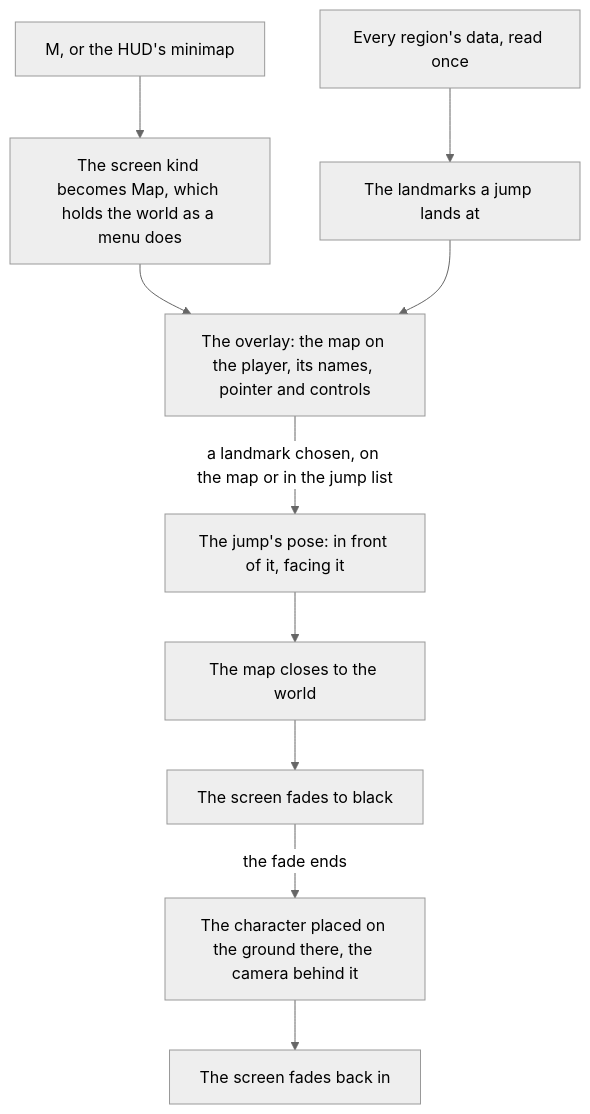
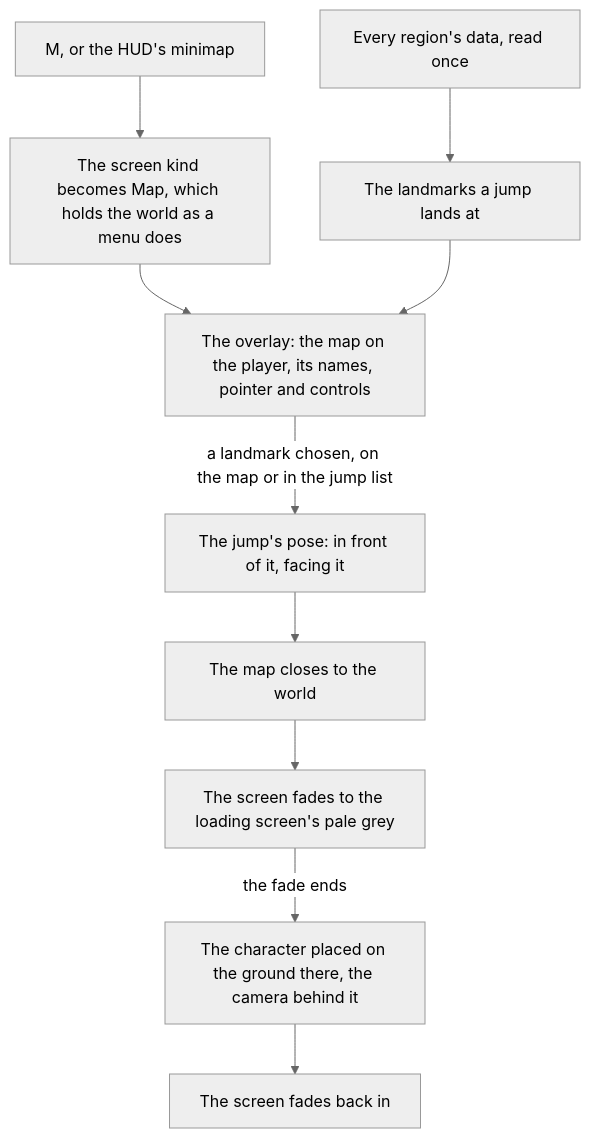
Before and after one commit to Esposter/Esposter: the diagram in apps/web/content/docs/genshin/map.md, drawn with Mermaid (neutral theme). The commit also changed other lines of this file and 3 other files, not shown here.

First line of the commit message:
fix(genshin-world): the teleport fades through the loading screen, not black, and its durations are read off the clip

````diff
--- a/apps/web/content/docs/genshin/map.md
+++ b/apps/web/content/docs/genshin/map.md
@@ -12,12 +12,12 @@
 ```mermaid
 flowchart TD
   M["M, or the HUD's minimap"] --> SCR["The screen kind becomes Map, which holds the world as a menu does"]
   SCR --> OV["The overlay: the map on the player, its names, pointer and controls"]
   REG["Every region's data, read once"] --> LM["The landmarks a jump lands at"]
   LM --> OV
   OV -->|"a landmark chosen, on the map or in the jump list"| POSE["The jump's pose: in front of it, facing it"]
   POSE --> CLOSE["The map closes to the world"]
-  CLOSE --> FADE["The screen fades to black"]
+  CLOSE --> FADE["The screen fades to the loading screen's pale grey"]
   FADE -->|"the fade ends"| PLACE["The character placed on the ground there, the camera behind it"]
   PLACE --> IN["The screen fades back in"]
 ```
````
